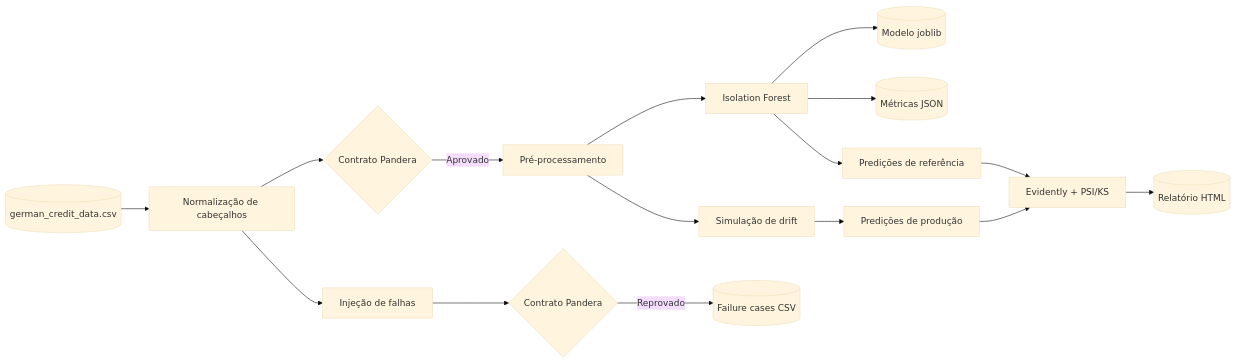
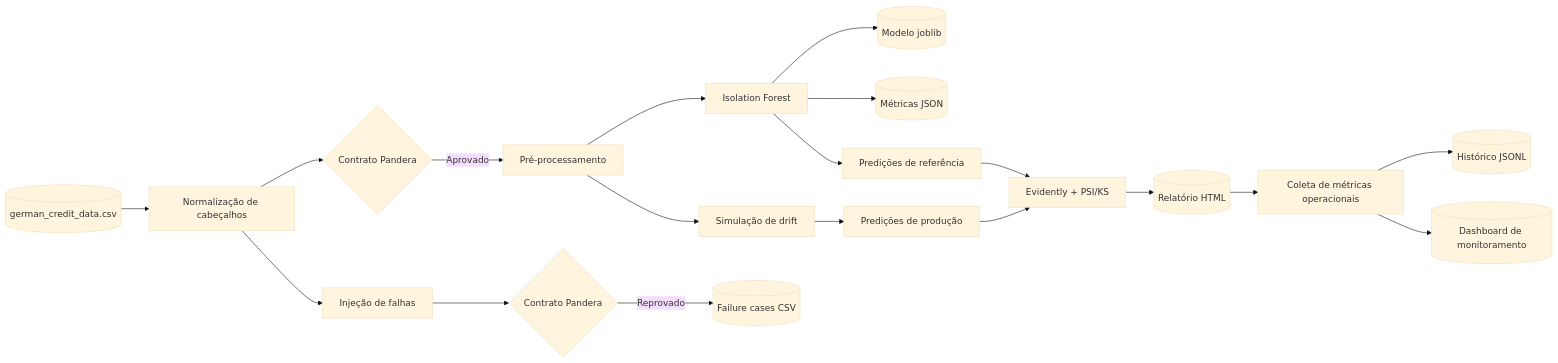
The diagram in README.md (MurilloCardoso/drift-detection), drawn with Mermaid (base theme) before and after one commit. The commit also changed other lines of this file and 17 other files, not shown here.

````diff
--- a/README.md
+++ b/README.md
@@ -25,18 +30,21 @@
 ```mermaid
 flowchart LR
     A[(german_credit_data.csv)] --> B[Normalização de cabeçalhos]
     B --> C{Contrato Pandera}
     C -->|Aprovado| D[Pré-processamento]
     D --> E[Isolation Forest]
     E --> F[(Modelo joblib)]
     E --> G[(Métricas JSON)]
     E --> K[Predições de referência]
     D --> L[Simulação de drift]
     L --> M[Predições de produção]
     K --> N[Evidently + PSI/KS]
     M --> N
     N --> O[(Relatório HTML)]
+    O --> P[Coleta de métricas operacionais]
+    P --> Q[(Histórico JSONL)]
+    P --> R[(Dashboard de monitoramento)]
     B --> H[Injeção de falhas]
     H --> I{Contrato Pandera}
     I -->|Reprovado| J[(Failure cases CSV)]
 ```
````
